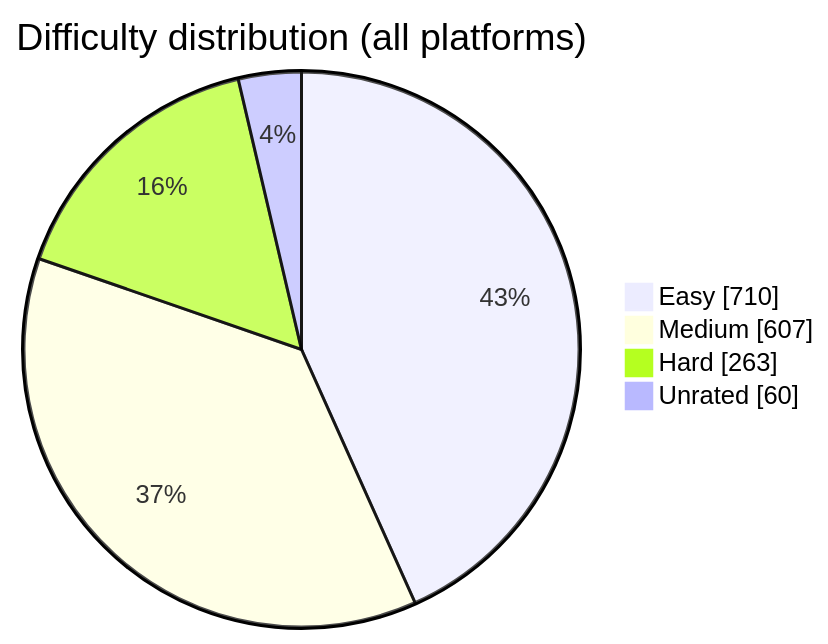
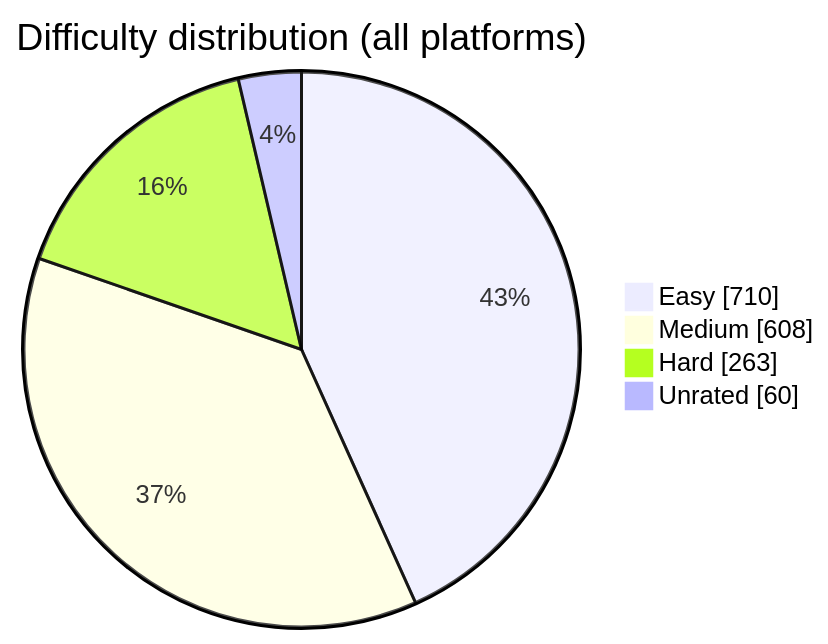
The diagram in README.md (BuildbyArindam/Daily-Coding-Log), drawn with Mermaid before and after one commit. The commit also changed other lines of this file, not shown here.

````diff
--- a/README.md
+++ b/README.md
@@ -93,7 +93,7 @@
 ```mermaid
 pie showData title Difficulty distribution (all platforms)
     "Easy" : 710
-    "Medium" : 607
+    "Medium" : 608
     "Hard" : 263
     "Unrated" : 60
 ```
````
